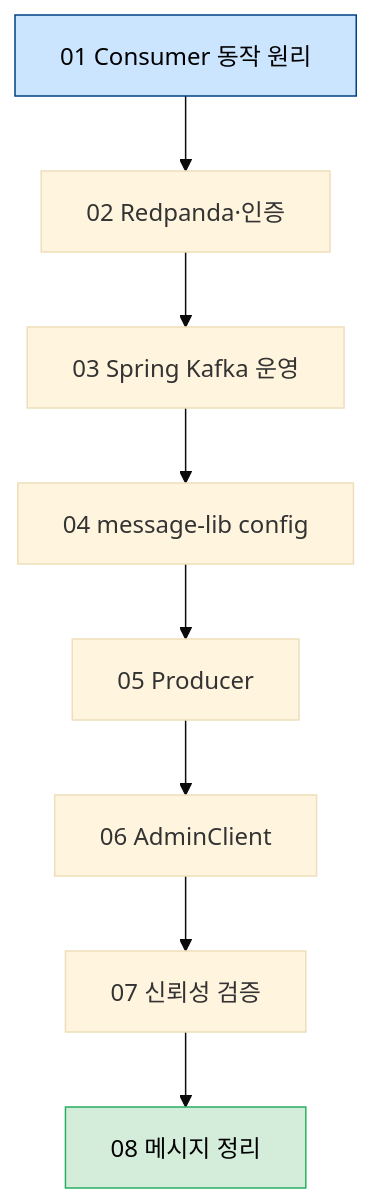
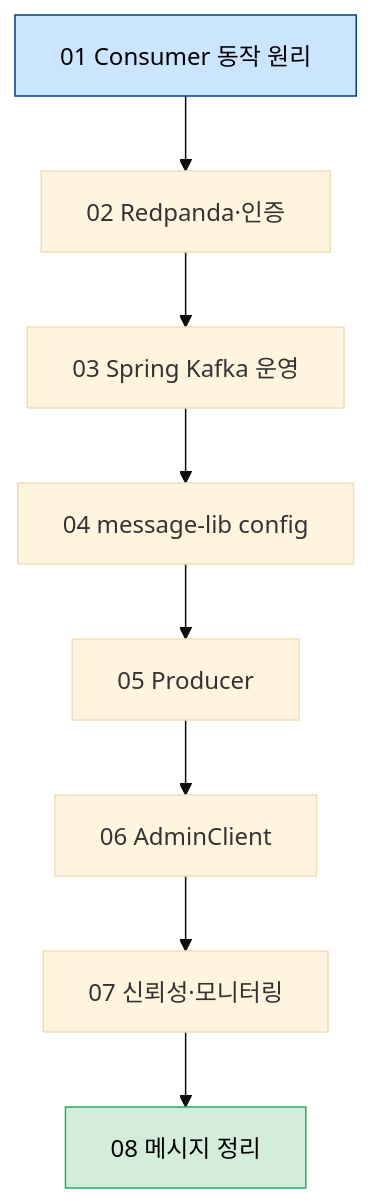
The diagram in write/04_messaging/04_BrokerArchitecture/README.md (scofe97/StduyWrite), drawn with Mermaid (base theme) before and after one commit. The commit also changed other lines of this file and 5 other files, not shown here.

````diff
--- a/write/04_messaging/04_BrokerArchitecture/README.md
+++ b/write/04_messaging/04_BrokerArchitecture/README.md
@@ -21,13 +21,13 @@
 ```mermaid
 graph TD
     G1["01 Consumer 동작 원리"] --> G2["02 Redpanda·인증"]
     G2 --> G3["03 Spring Kafka 운영"]
     G3 --> G4["04 message-lib config"]
     G4 --> G5["05 Producer"]
     G5 --> G6["06 AdminClient"]
-    G6 --> G7["07 신뢰성 검증"]
+    G6 --> G7["07 신뢰성·모니터링"]
     G7 --> G8["08 메시지 정리"]
 
     style G1 fill:#cce5ff,stroke:#004085,color:#000
     style G8 fill:#d4edda,stroke:#27ae60,color:#000
 ```
````
